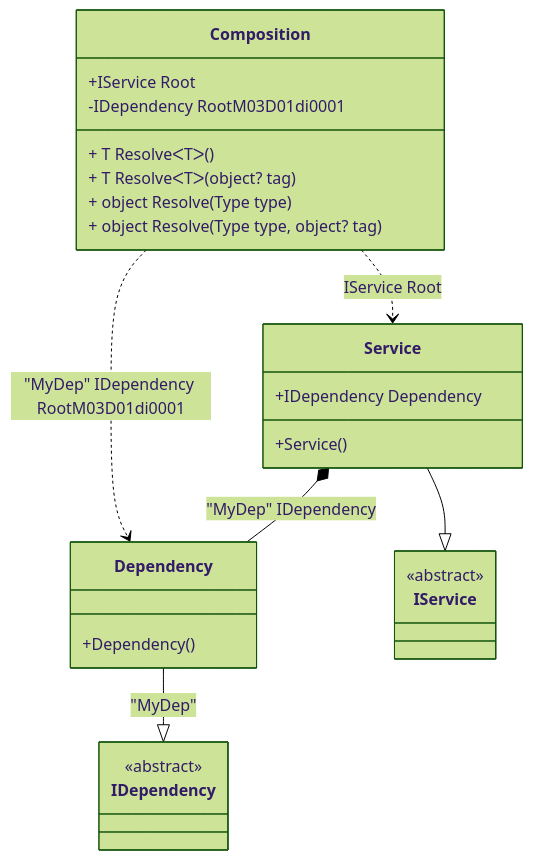
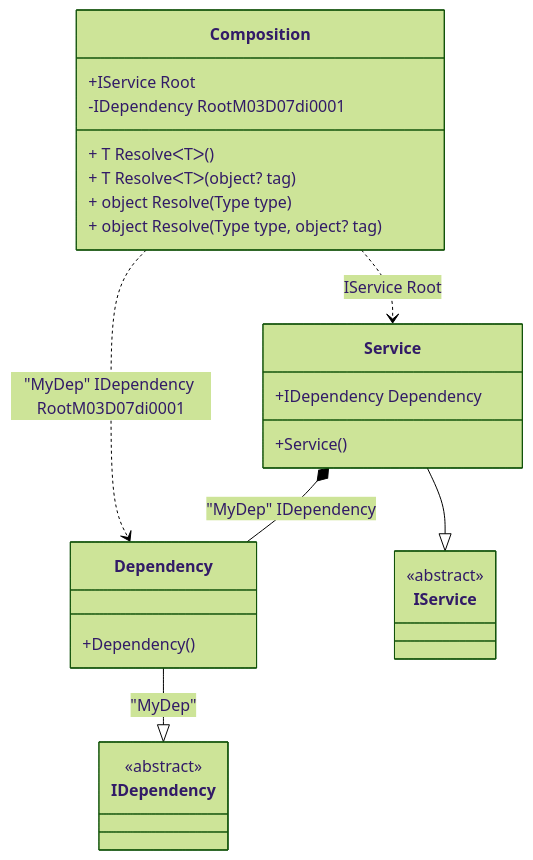
Before and after one commit to DevTeam/Pure.DI: the diagram in readme/check-for-a-root.md, drawn with Mermaid (forest theme). The commit also changed other lines of this file and 83 other files, not shown here.

````diff
--- a/readme/check-for-a-root.md
+++ b/readme/check-for-a-root.md
@@ -63,29 +63,29 @@
 ```mermaid
 classDiagram
   class Composition {
     +IService Root
-    -IDependency RootM03D01di0001
+    -IDependency RootM03D07di0001
     + T ResolveᐸTᐳ()
     + T ResolveᐸTᐳ(object? tag)
     + object Resolve(Type type)
     + object Resolve(Type type, object? tag)
   }
   Dependency --|> IDependency : "MyDep" 
   class Dependency {
     +Dependency()
   }
   Service --|> IService : 
   class Service {
     +Service()
     +IDependency Dependency
   }
   class IDependency {
     <<abstract>>
   }
   class IService {
     <<abstract>>
   }
   Service *--  Dependency : "MyDep"  IDependency
-  Composition ..> Dependency : "MyDep" IDependency RootM03D01di0001
+  Composition ..> Dependency : "MyDep" IDependency RootM03D07di0001
   Composition ..> Service : IService Root
 ```
````
